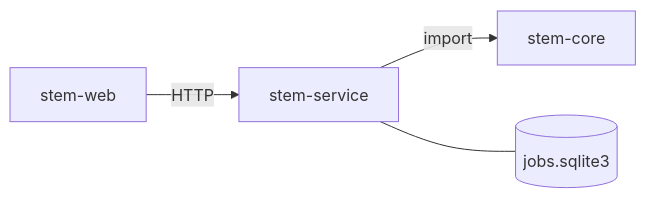
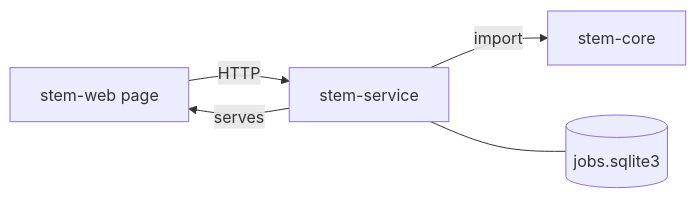
One commit to martinmayer-tech/music-stems changed the diagram in docs/architecture-overview.md. Above: the diagram before and after it, drawn with Mermaid. The commit also changed other lines of this file and 18 other files, not shown here.

````diff
--- a/docs/architecture-overview.md
+++ b/docs/architecture-overview.md
@@ -21,6 +21,7 @@
 ```mermaid
 flowchart LR
-    A[stem-web] -->|HTTP| B[stem-service]
+    A[stem-web page] -->|HTTP| B[stem-service]
+    B -->|serves| A
     B -->|import| C[stem-core]
     B --- D[(jobs.sqlite3)]
 ```
````
